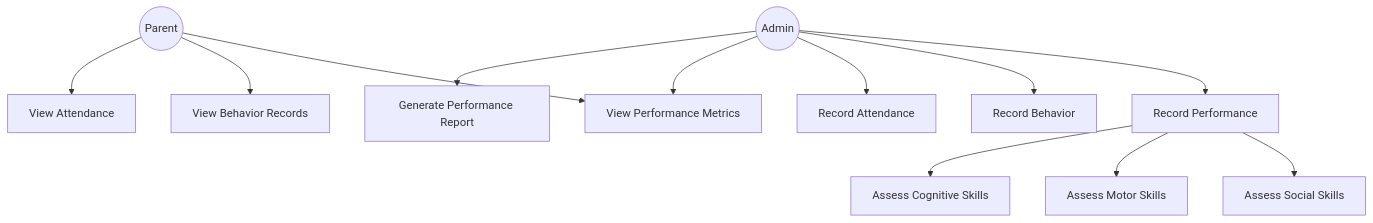
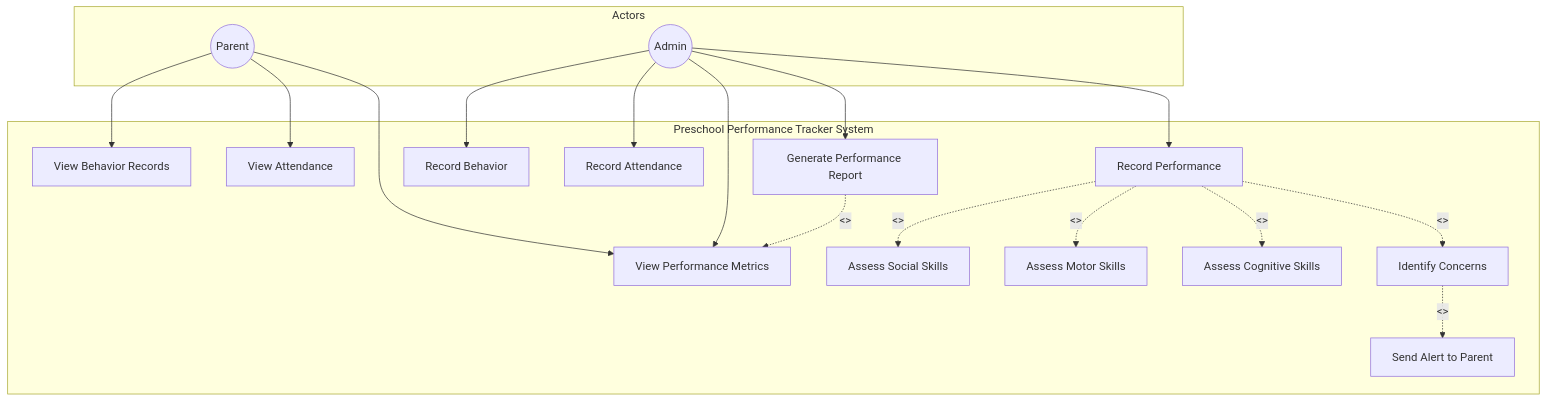
Before and after one commit to TongYwen/childfyp5: the fourth of 18 diagrams in diagrams.md, drawn with Mermaid. The commit also changed other lines of this file, not shown here.

First line of the commit message:
Update diagrams with proper UML notation

````diff
--- a/diagrams.md
+++ b/diagrams.md
@@ -66,19 +118,39 @@
 ```mermaid
-graph TD
-    Parent((Parent))
-    Admin((Admin))
+graph TB
+    subgraph Actors
+        Parent((Parent))
+        Admin((Admin))
+    end
 
-    Parent --> ViewPerformance[View Performance Metrics]
-    Parent --> ViewBehavior[View Behavior Records]
-    Parent --> ViewAttendance[View Attendance]
+    subgraph "Preschool Performance Tracker System"
+        ViewPerformance[View Performance Metrics]
+        ViewBehavior[View Behavior Records]
+        ViewAttendance[View Attendance]
+        RecordPerformance[Record Performance]
+        RecordBehavior[Record Behavior]
+        RecordAttendance[Record Attendance]
+        GenerateReport[Generate Performance Report]
+        AssessSocial[Assess Social Skills]
+        AssessMotor[Assess Motor Skills]
+        AssessCognitive[Assess Cognitive Skills]
+        IdentifyConcerns[Identify Concerns]
+        SendAlert[Send Alert to Parent]
+    end
 
-    Admin --> RecordPerformance[Record Performance]
-    Admin --> RecordBehavior[Record Behavior]
-    Admin --> RecordAttendance[Record Attendance]
+    Parent --> ViewPerformance
+    Parent --> ViewBehavior
+    Parent --> ViewAttendance
+
+    Admin --> RecordPerformance
+    Admin --> RecordBehavior
+    Admin --> RecordAttendance
     Admin --> ViewPerformance
-    Admin --> GenerateReport[Generate Performance Report]
+    Admin --> GenerateReport
 
-    RecordPerformance --> AssessSocial[Assess Social Skills]
-    RecordPerformance --> AssessMotor[Assess Motor Skills]
-    RecordPerformance --> AssessCognitive[Assess Cognitive Skills]
+    RecordPerformance -.<<include>>.-> AssessSocial
+    RecordPerformance -.<<include>>.-> AssessMotor
+    RecordPerformance -.<<include>>.-> AssessCognitive
+    RecordPerformance -.<<extend>>.-> IdentifyConcerns
+    IdentifyConcerns -.<<include>>.-> SendAlert
+    GenerateReport -.<<include>>.-> ViewPerformance
 ```
````
